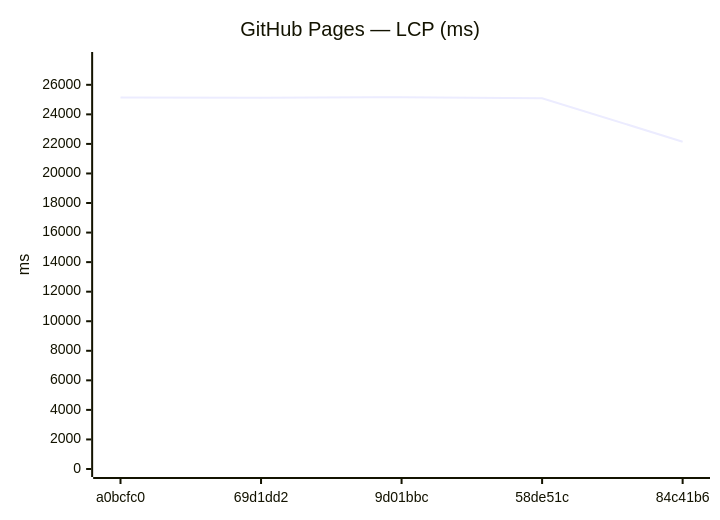
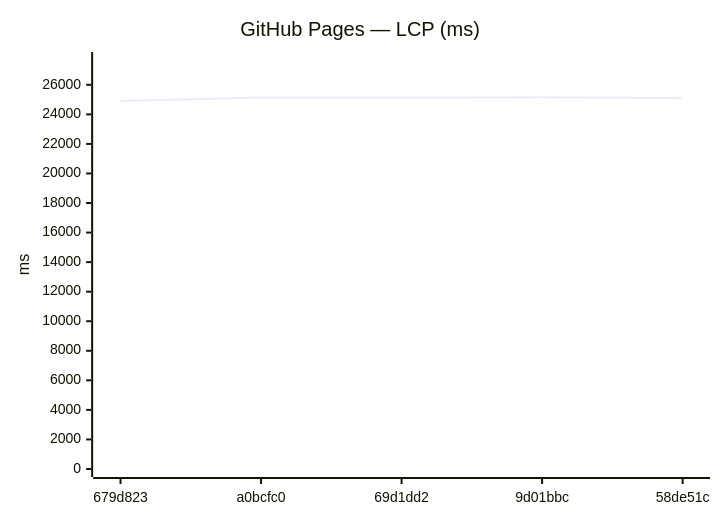
Before and after one commit to Metaheurist/Rianell: the seventh of 12 diagrams in benchmarks/compare.md, drawn with Mermaid. The commit also changed other lines of this file and 8 other files, not shown here.

````diff
--- a/benchmarks/compare.md
+++ b/benchmarks/compare.md
@@ -107,7 +107,7 @@
 ```mermaid
 xychart-beta
     title "GitHub Pages — LCP (ms)"
-    x-axis ["a0bcfc0", "69d1dd2", "9d01bbc", "58de51c", "84c41b6"]
+    x-axis ["679d823", "a0bcfc0", "69d1dd2", "9d01bbc", "58de51c"]
     y-axis "ms" 0 --> 27679
-    line [25139, 25124, 25162, 25092, 22152]
+    line [24900, 25139, 25124, 25162, 25092]
 ```
````
